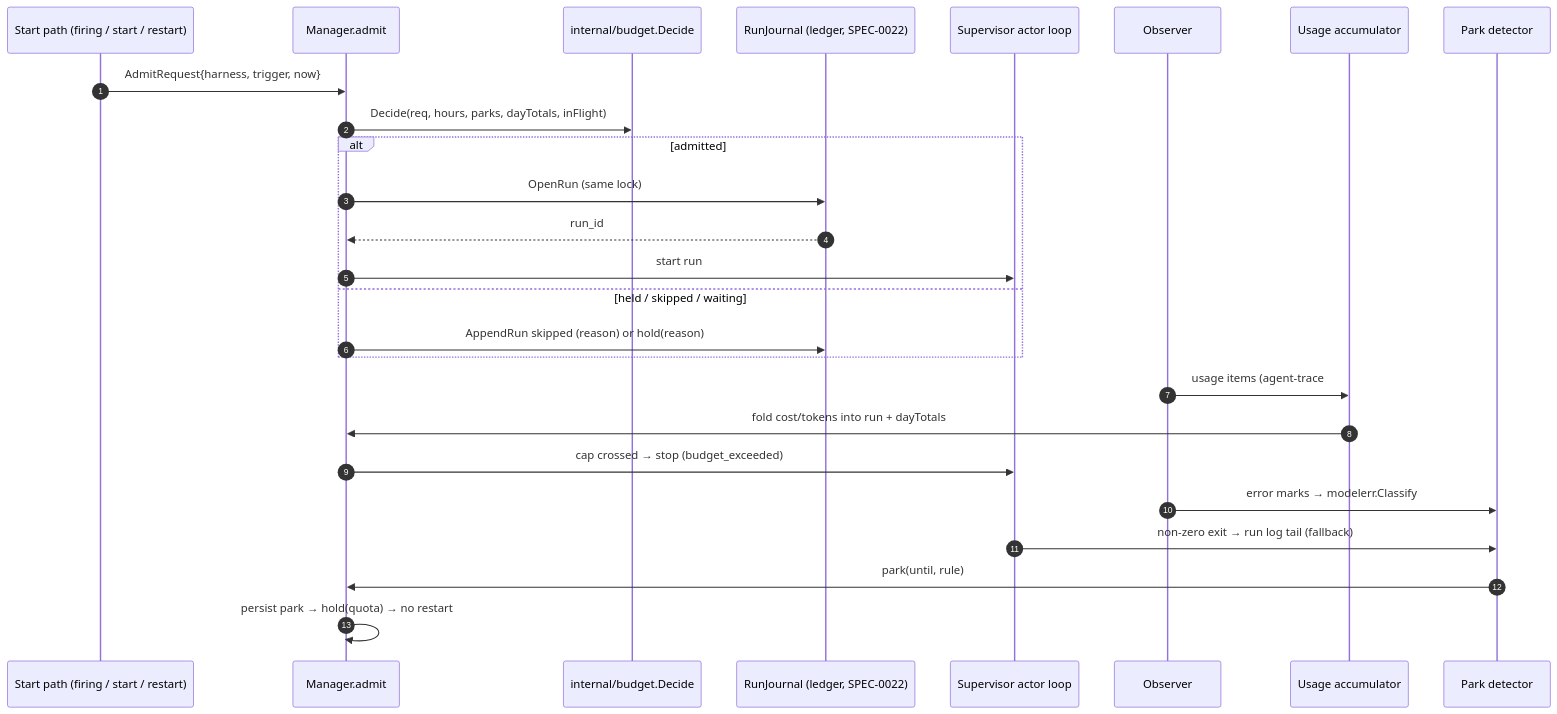
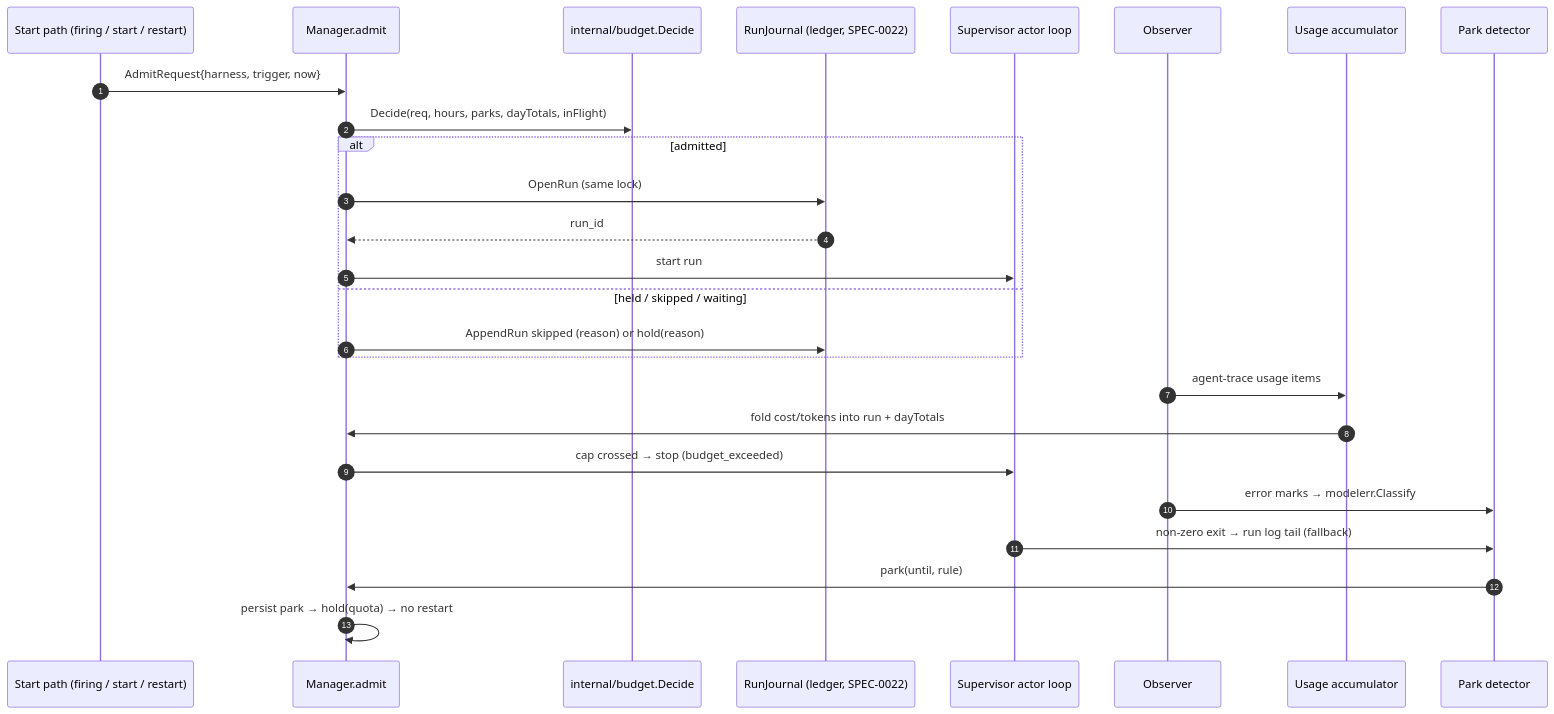
One commit to stump-wtf/harness changed the first of 2 diagrams in docs/openspec/specs/run-budgets/design.md. Above: the diagram before and after it, drawn with Mermaid. The commit also changed other lines of this file and 35 other files, not shown here.

````diff
--- a/docs/openspec/specs/run-budgets/design.md
+++ b/docs/openspec/specs/run-budgets/design.md
@@ -268,29 +268,29 @@
 ```mermaid
 sequenceDiagram
     autonumber
     participant Src as Start path (firing / start / restart)
     participant M as Manager.admit
     participant B as internal/budget.Decide
     participant J as RunJournal (ledger, SPEC-0022)
     participant S as Supervisor actor loop
     participant O as Observer
     participant A as Usage accumulator
     participant D as Park detector
 
     Src->>M: AdmitRequest{harness, trigger, now}
     M->>B: Decide(req, hours, parks, dayTotals, inFlight)
     alt admitted
         M->>J: OpenRun (same lock)
         J-->>M: run_id
         M->>S: start run
     else held / skipped / waiting
         M->>J: AppendRun skipped (reason) or hold(reason)
     end
-    O->>A: usage items (agent-trace#105)
+    O->>A: agent-trace usage items
     A->>M: fold cost/tokens into run + dayTotals
     M->>S: cap crossed → stop (budget_exceeded)
     O->>D: error marks → modelerr.Classify
     S->>D: non-zero exit → run log tail (fallback)
     D->>M: park(until, rule)
     M->>M: persist park → hold(quota) → no restart
 ```
````
